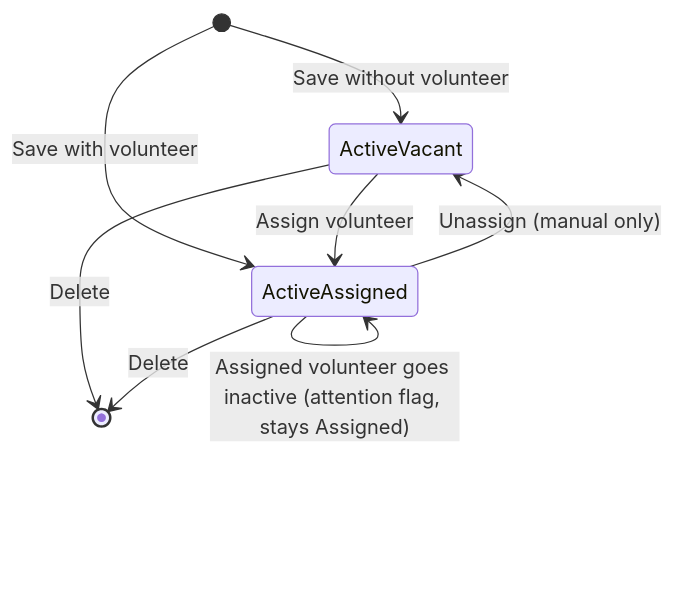
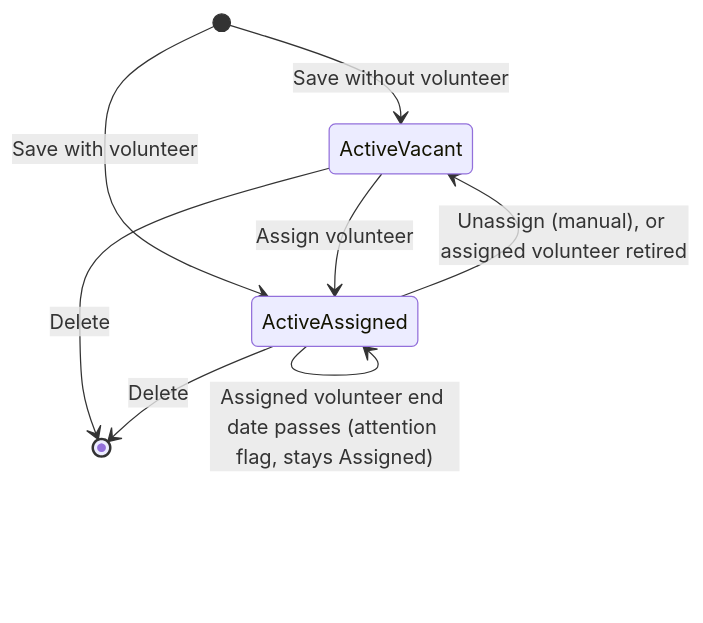
One commit to uwblueprint/beach-metro changed the first of 10 diagrams in docs/route_management_flow_v2.md. Above: the diagram before and after it, drawn with Mermaid. The commit also changed other lines of this file, not shown here.

First line of the commit message:
Retirement vacates the route; end-date passing still raises the attention flag (BM-12)

````diff
--- a/docs/route_management_flow_v2.md
+++ b/docs/route_management_flow_v2.md
@@ -45,11 +45,11 @@
 ```mermaid
 stateDiagram-v2
     [*] --> ActiveVacant: Save without volunteer
     [*] --> ActiveAssigned: Save with volunteer
     ActiveVacant --> ActiveAssigned: Assign volunteer
-    ActiveAssigned --> ActiveVacant: Unassign (manual only)
+    ActiveAssigned --> ActiveVacant: Unassign (manual), or assigned volunteer retired
     ActiveAssigned --> ActiveAssigned: Reassign (new volunteer)
-    ActiveAssigned --> ActiveAssigned: Assigned volunteer goes inactive (attention flag, stays Assigned)
+    ActiveAssigned --> ActiveAssigned: Assigned volunteer end date passes (attention flag, stays Assigned)
     ActiveVacant --> [*]: Delete
     ActiveAssigned --> [*]: Delete
 ```
````
